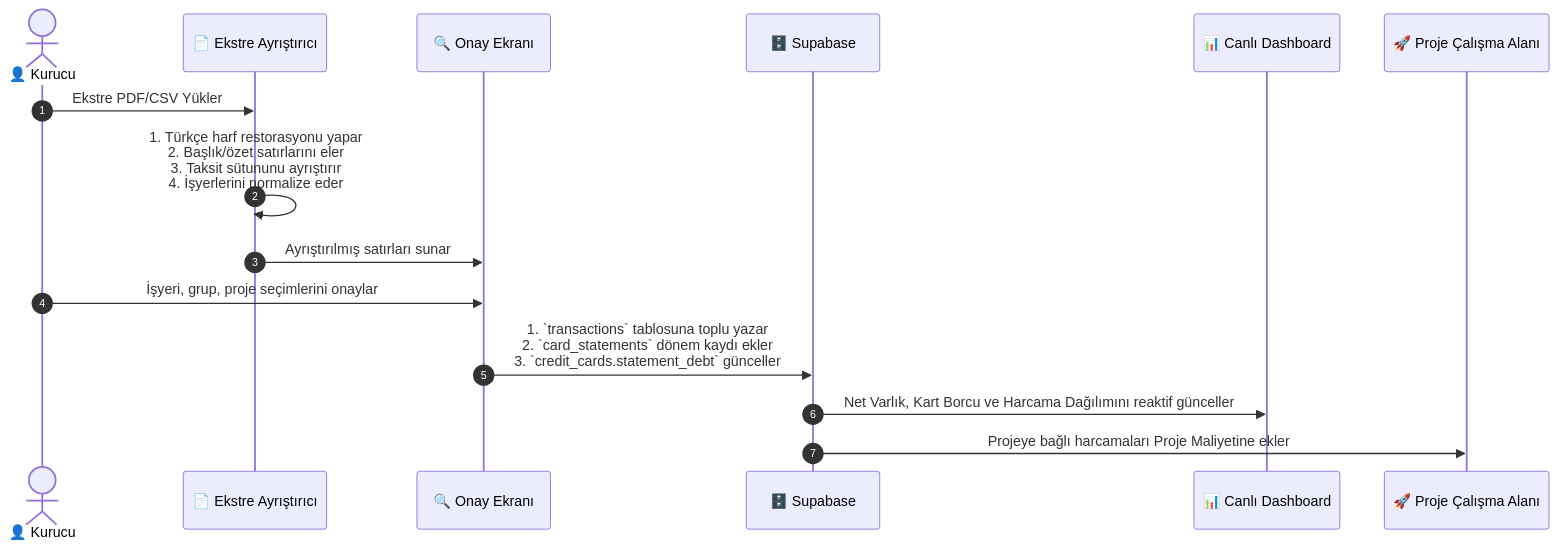
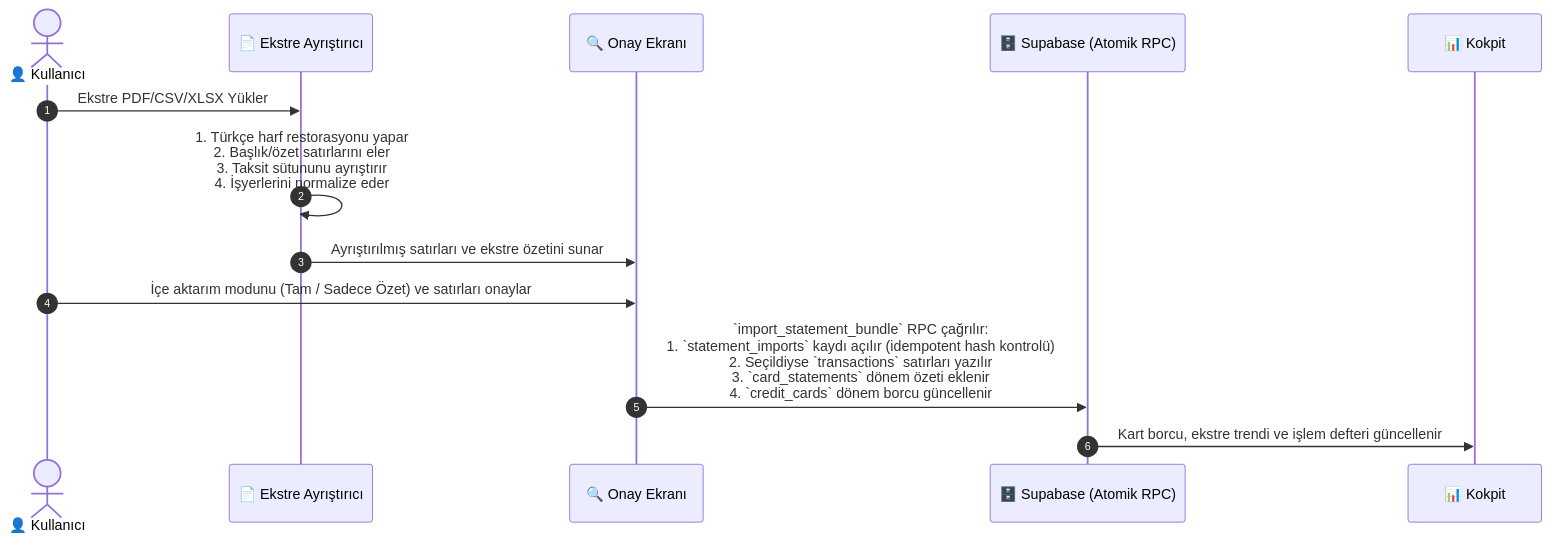
Before and after one commit to keskinEvren/pusula: the first of 2 diagrams in docs/SYSTEM_DYNAMICS.md, drawn with Mermaid. The commit also changed other lines of this file and 9 other files, not shown here.

Commit message:
docs: update domain model, vision and system dynamics for decoupled architecture

````diff
--- a/docs/SYSTEM_DYNAMICS.md
+++ b/docs/SYSTEM_DYNAMICS.md
@@ -9,18 +11,16 @@
 ```mermaid
 sequenceDiagram
     autonumber
-    actor Founder as 👤 Kurucu
+    actor User as 👤 Kullanıcı
     participant Parser as 📄 Ekstre Ayrıştırıcı
     participant Review as 🔍 Onay Ekranı
-    participant DB as 🗄️ Supabase
-    participant Dashboard as 📊 Canlı Dashboard
-    participant Project as 🚀 Proje Çalışma Alanı
+    participant DB as 🗄️ Supabase (Atomik RPC)
+    participant Dashboard as 📊 Kokpit
 
-    Founder->>Parser: Ekstre PDF/CSV Yükler
+    User->>Parser: Ekstre PDF/CSV/XLSX Yükler
     Parser->>Parser: 1. Türkçe harf restorasyonu yapar<br/>2. Başlık/özet satırlarını eler<br/>3. Taksit sütununu ayrıştırır<br/>4. İşyerlerini normalize eder
-    Parser->>Review: Ayrıştırılmış satırları sunar
-    Founder->>Review: İşyeri, grup, proje seçimlerini onaylar
-    Review->>DB: 1. `transactions` tablosuna toplu yazar<br/>2. `card_statements` dönem kaydı ekler<br/>3. `credit_cards.statement_debt` günceller
-    DB->>Dashboard: Net Varlık, Kart Borcu ve Harcama Dağılımını reaktif günceller
-    DB->>Project: Projeye bağlı harcamaları Proje Maliyetine ekler
+    Parser->>Review: Ayrıştırılmış satırları ve ekstre özetini sunar
+    User->>Review: İçe aktarım modunu (Tam / Sadece Özet) ve satırları onaylar
+    Review->>DB: `import_statement_bundle` RPC çağrılır:<br/>1. `statement_imports` kaydı açılır (idempotent hash kontrolü)<br/>2. Seçildiyse `transactions` satırları yazılır<br/>3. `card_statements` dönem özeti eklenir<br/>4. `credit_cards` dönem borcu güncellenir
+    DB->>Dashboard: Kart borcu, ekstre trendi ve işlem defteri güncellenir
 ```
````
